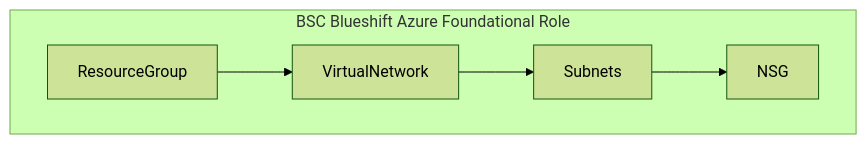
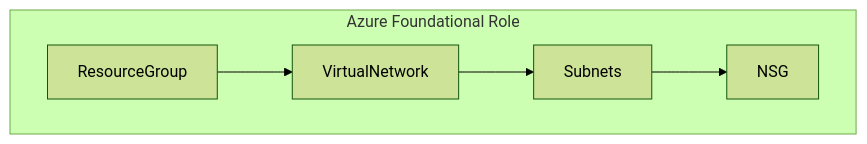
One commit to slagathor34/awx-lab changed the diagram in azure-foundations/README.md. Above: the diagram before and after it, drawn with Mermaid (forest theme). The commit also changed other lines of this file, not shown here.

````diff
--- a/azure-foundations/README.md
+++ b/azure-foundations/README.md
@@ -2,9 +2,9 @@
 ```mermaid
 graph TB
 
-  subgraph "BSC Blueshift Azure Foundational Role"
+  subgraph "Azure Foundational Role"
   Node1[ResourceGroup] --> Node2[VirtualNetwork]
   Node2[VirtualNetwork] --> Node3[Subnets]
   Node3[Subnets] --> Node4[NSG]
 end
 ```
````
